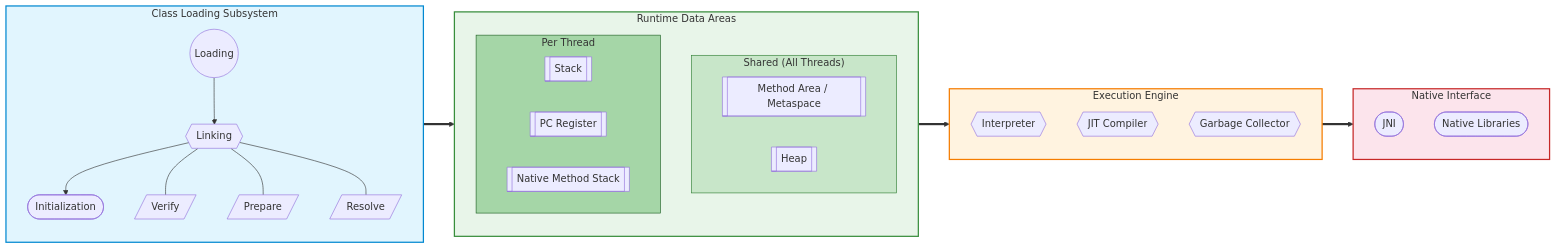
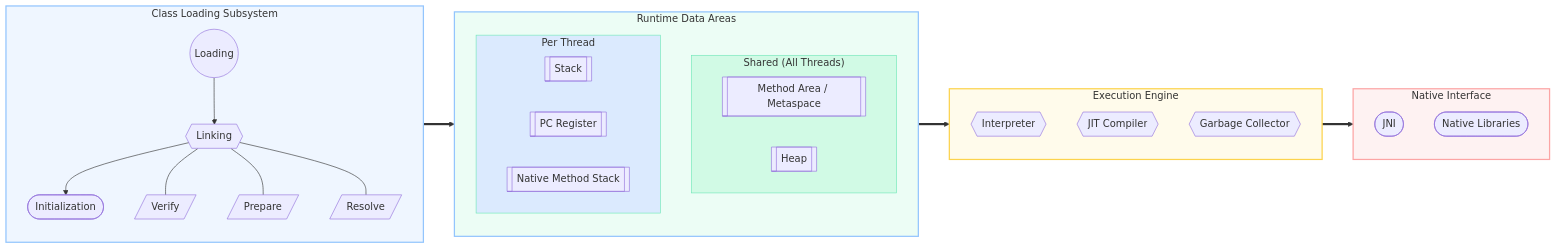
The first of 2 diagrams in docs/java/Jvm.md (saivamsikaruturi/vamsilabs-dev-notes-main), drawn with Mermaid before and after one commit. The commit also changed 220 other files, not shown here.

First line of the commit message:
Add 50+ new Java/Spring Boot pages, rewrite CSS code blocks to Oracle style, fix all diagram colors

````diff
--- a/docs/java/Jvm.md
+++ b/docs/java/Jvm.md
@@ -9,43 +9,43 @@
 ```mermaid
 flowchart LR
     subgraph CLS["Class Loading Subsystem"]
-        style CLS fill:#e1f5fe,stroke:#0288d1,stroke-width:2px
+        style CLS fill:#EFF6FF,stroke:#93C5FD,stroke-width:2px
         L(("Loading")) --> LK{{"Linking"}}
         LK --> INIT(["Initialization"])
         LK --- V[/"Verify"/]
         LK --- P[/"Prepare"/]
         LK --- R[/"Resolve"/]
     end
 
     subgraph RDA["Runtime Data Areas"]
-        style RDA fill:#e8f5e9,stroke:#388e3c,stroke-width:2px
+        style RDA fill:#ECFDF5,stroke:#93C5FD,stroke-width:2px
         subgraph SHARED["Shared (All Threads)"]
-            style SHARED fill:#c8e6c9,stroke:#2e7d32
+            style SHARED fill:#D1FAE5,stroke:#6EE7B7
             MA[["Method Area / Metaspace"]]
             HEAP[["Heap"]]
         end
         subgraph PERTHREAD["Per Thread"]
-            style PERTHREAD fill:#a5d6a7,stroke:#1b5e20
+            style PERTHREAD fill:#DBEAFE,stroke:#6EE7B7
             STK[["Stack"]]
             PC[["PC Register"]]
             NMS[["Native Method Stack"]]
         end
     end
 
     subgraph EE["Execution Engine"]
-        style EE fill:#fff3e0,stroke:#f57c00,stroke-width:2px
+        style EE fill:#FFFBEB,stroke:#FCD34D,stroke-width:2px
         INT{{"Interpreter"}}
         JIT{{"JIT Compiler"}}
         GC{{"Garbage Collector"}}
     end
 
     subgraph NI["Native Interface"]
-        style NI fill:#fce4ec,stroke:#c62828,stroke-width:2px
+        style NI fill:#FEF2F2,stroke:#FCA5A5,stroke-width:2px
         JNI(["JNI"])
         NL(["Native Libraries"])
     end
 
     CLS ==> RDA
     RDA ==> EE
     EE ==> NI
 ```
````
